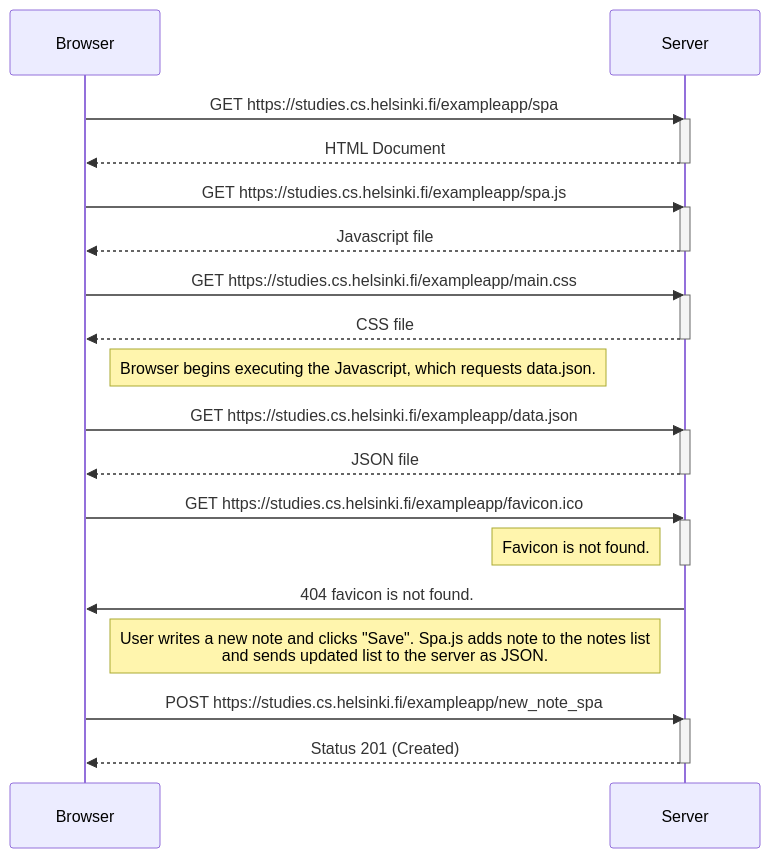
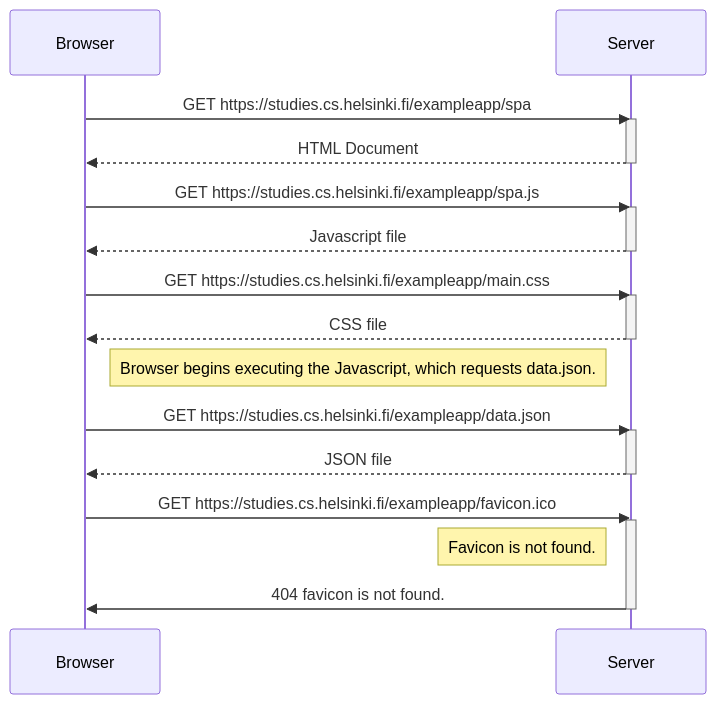
Before and after one commit to AngryShopkeeper/FullStackCourse: the diagram in part0/05mermaidSequenceDiagram.md, drawn with Mermaid.

Commit message:
Added some space and removed references to adding a new note.

````diff
--- a/part0/05mermaidSequenceDiagram.md
+++ b/part0/05mermaidSequenceDiagram.md
@@ -1,32 +1,33 @@
 ```mermaid
 sequenceDiagram
     participant Browser
     participant Server
+
 Browser->>Server: GET https://studies.cs.helsinki.fi/exampleapp/spa
 activate Server
 Server-->>Browser: HTML Document
 deactivate Server
+
 Browser->>Server: GET https://studies.cs.helsinki.fi/exampleapp/spa.js
 activate Server
 Server-->>Browser: Javascript file
 deactivate Server
+
 Browser->>Server: GET https://studies.cs.helsinki.fi/exampleapp/main.css
 activate Server
 Server-->>Browser: CSS file
 deactivate Server
+
 note right of Browser: Browser begins executing the Javascript, which requests data.json.
+
 Browser->>Server: GET https://studies.cs.helsinki.fi/exampleapp/data.json
 activate Server
 Server-->>Browser: JSON file
 deactivate Server
+
 Browser->>Server: GET https://studies.cs.helsinki.fi/exampleapp/favicon.ico
 activate Server
 note left of Server: Favicon is not found.
-deactivate Server
 Server->>Browser: 404 favicon is not found.
-note right of Browser: User writes a new note and clicks "Save". Spa.js adds note to the notes list<br/> and sends updated list to the server as JSON. 
-Browser->>Server: POST https://studies.cs.helsinki.fi/exampleapp/new_note_spa
-activate Server
-Server-->>Browser: Status 201 (Created)
 deactivate Server
 ``` 
````
